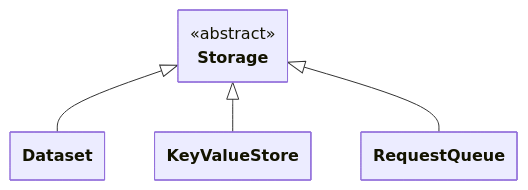
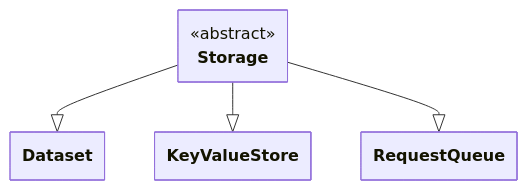
The diagram in docs/guides/storages.mdx (apify/crawlee-python), drawn with Mermaid before and after one commit. The commit also changed 9 other files, not shown here.

````diff
--- a/docs/guides/storages.mdx
+++ b/docs/guides/storages.mdx
@@ -37,35 +37,35 @@
 ```mermaid
 ---
 config:
     class:
         hideEmptyMembersBox: true
 ---
 
 classDiagram
 
 %% ========================
 %% Abstract classes
 %% ========================
 
 class Storage {
     <<abstract>>
 }
 
 %% ========================
 %% Specific classes
 %% ========================
 
 class Dataset
 
 class KeyValueStore
 
 class RequestQueue
 
 %% ========================
 %% Inheritance arrows
 %% ========================
 
-Storage <|-- Dataset
-Storage <|-- KeyValueStore
-Storage <|-- RequestQueue
+Storage --|> Dataset
+Storage --|> KeyValueStore
+Storage --|> RequestQueue
 ```
````
